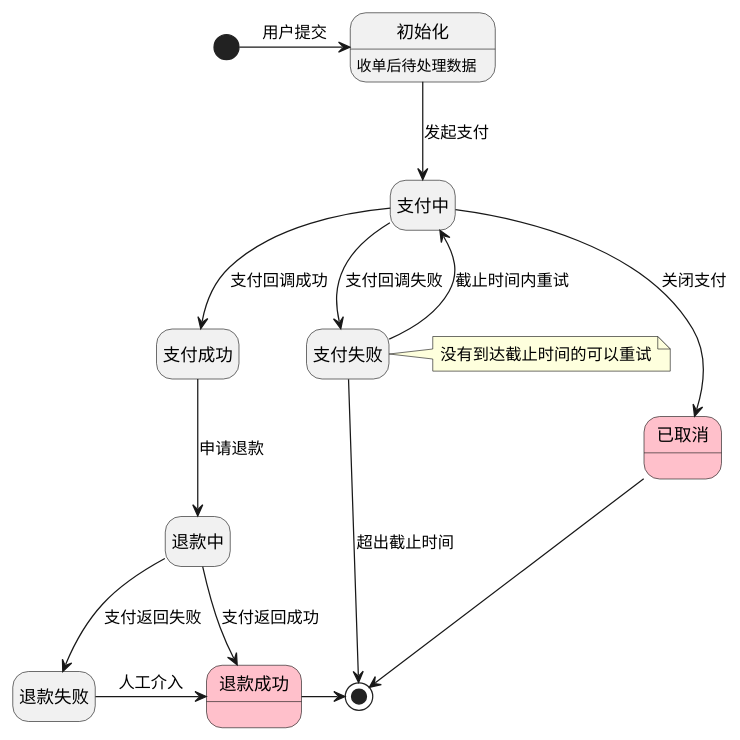
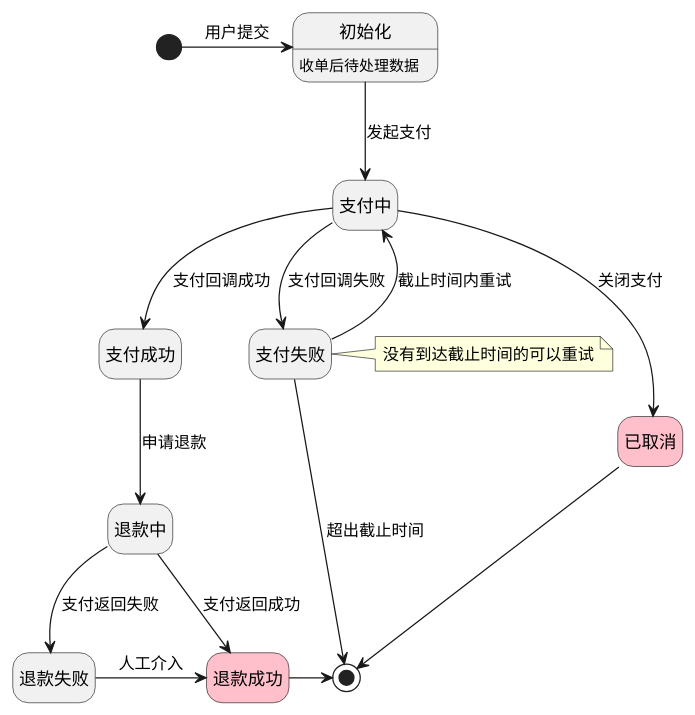
The diagram in diagram/StateDemo.puml (dictionaryshi/wxjj), drawn with PlantUML before and after one commit.

Commit message:
StateDemo.puml

```diff
--- a/diagram/StateDemo.puml
+++ b/diagram/StateDemo.puml
@@ -1,34 +1,32 @@
 @startuml
 
 hide empty description
 
-state 退款成功 #pink {
-}
+state 退款成功 #pink
 
-state 已取消 #pink {
-}
+state 已取消 #pink
 
 [*] -right-> 初始化 : 用户提交
 初始化 : 收单后待处理数据
 
 初始化 -down-> 支付中 : 发起支付
 
 支付中 -down-> 支付成功 : 支付回调成功
 
 支付成功 -down-> 退款中 : 申请退款
 退款中 -down-> 退款失败 : 支付返回失败
 退款中 -down-> 退款成功 : 支付返回成功
 退款失败 -right-> 退款成功 : 人工介入
 退款成功 -right-> [*]
 
 支付中 -down-> 支付失败 : 支付回调失败
 
 支付失败 -up-> 支付中 : 截止时间内重试
 支付失败 -down-> [*] : 超出截止时间
 
 支付中 -down-> 已取消 : 关闭支付
 已取消 -down-> [*]
 
 note right of 支付失败 : 没有到达截止时间的可以重试
 
 @enduml
```
